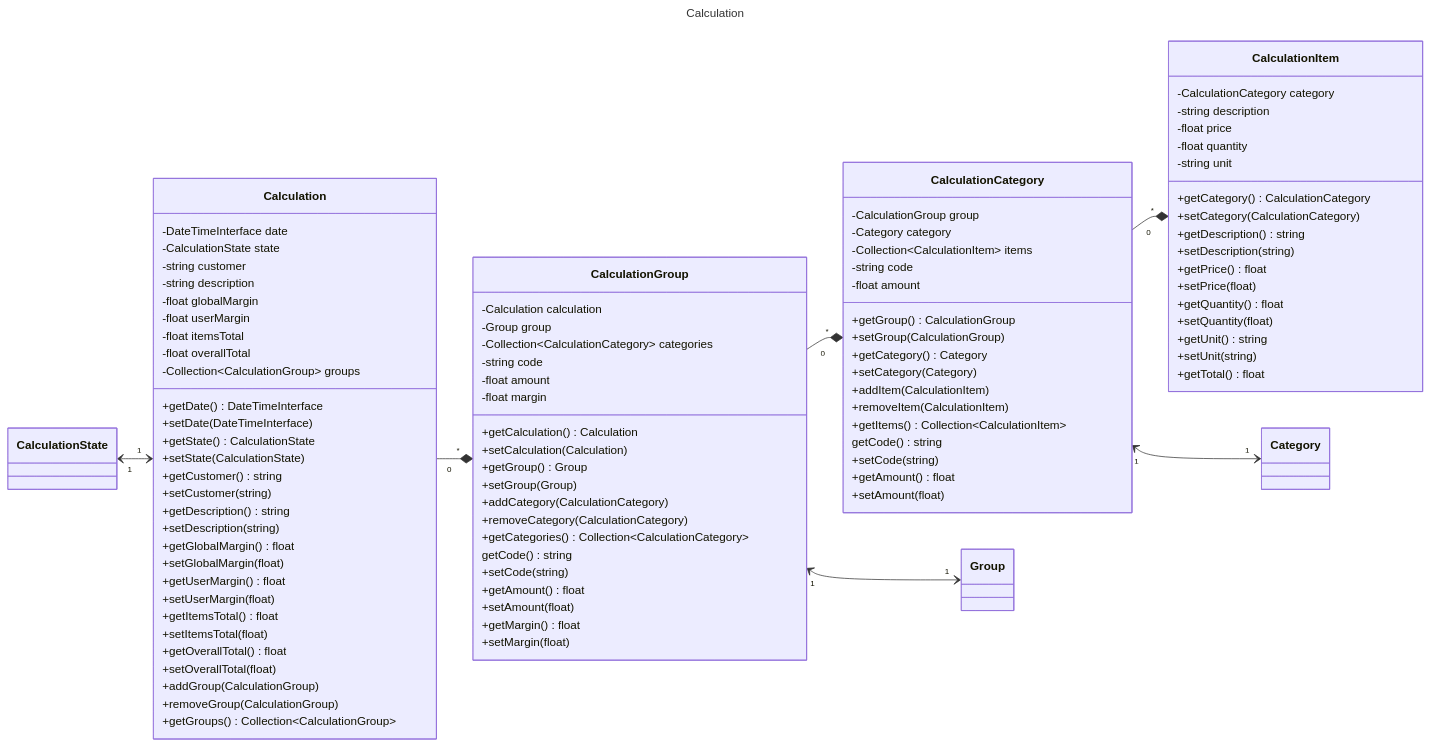
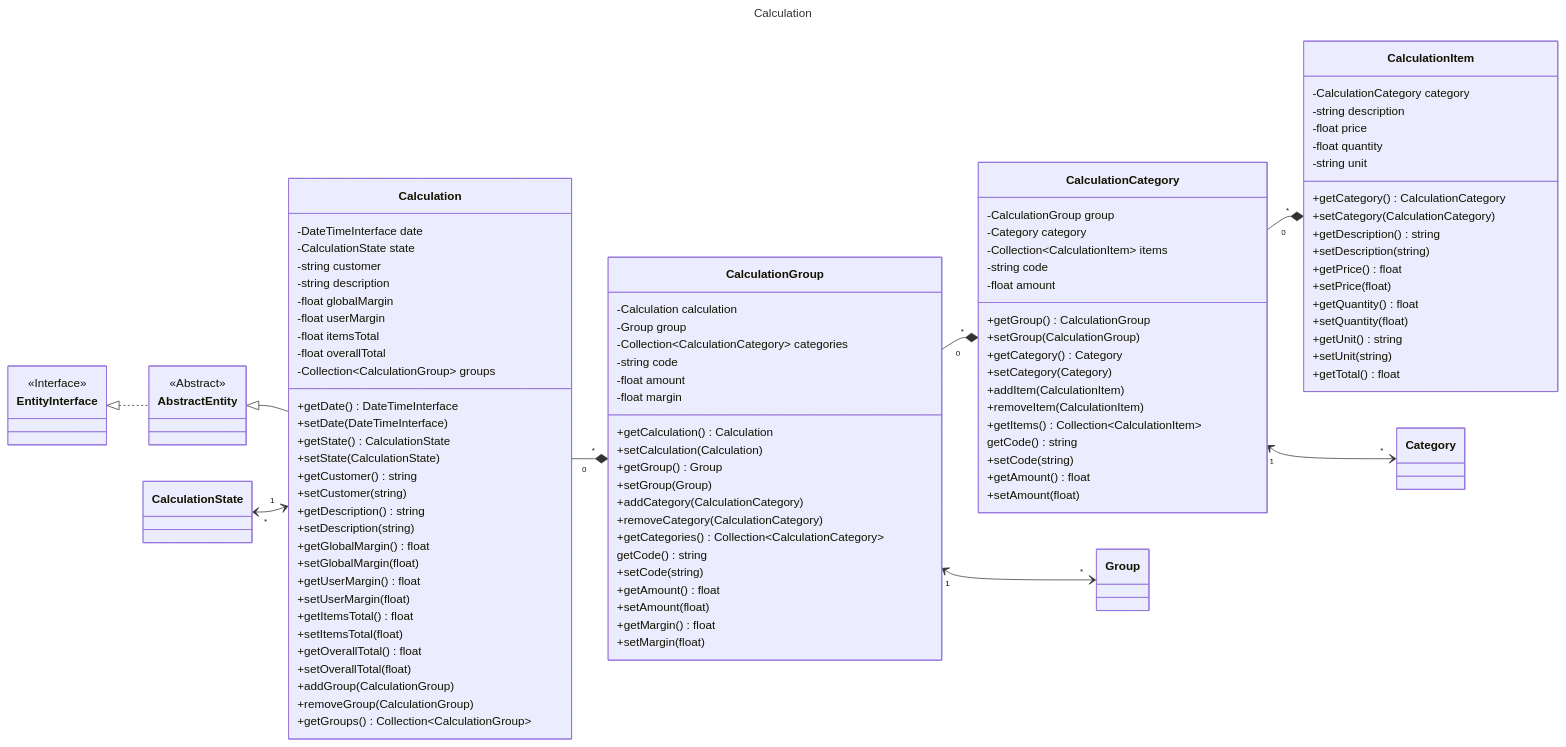
One commit to laurentmuller/calculation changed the diagram in resources/diagram/calculation.mmd. Above: the diagram before and after it, drawn with Mermaid. The commit also changed 19 other files, not shown here.

Commit message:
Updated CSS and JS diagram.

```diff
--- a/resources/diagram/calculation.mmd
+++ b/resources/diagram/calculation.mmd
@@ -1,117 +1,128 @@
 ---
 title: Calculation
 ---
 
 classDiagram
     direction LR
 
     class Calculation {
         -DateTimeInterface date
         -CalculationState state
         -string customer
         -string description
         -float globalMargin
         -float userMargin
         -float itemsTotal
         -float overallTotal
         -Collection~CalculationGroup~ groups
         +getDate() DateTimeInterface
         +setDate(DateTimeInterface)
         +getState() CalculationState
         +setState(CalculationState)
         +getCustomer() string
         +setCustomer(string)
         +getDescription() string
         +setDescription(string)
         +getGlobalMargin() float
         +setGlobalMargin(float)
         +getUserMargin() float
         +setUserMargin(float)
         +getItemsTotal() float
         +setItemsTotal(float)
         +getOverallTotal() float
         +setOverallTotal(float)
         +addGroup(CalculationGroup)
         +removeGroup(CalculationGroup)
         +getGroups() Collection~CalculationGroup~
     }
 
     class CalculationGroup {
         -Calculation calculation
         -Group group
         -Collection~CalculationCategory~ categories
         -string code
         -float amount
         -float margin
         +getCalculation() Calculation
         +setCalculation(Calculation)
         +getGroup() Group
         +setGroup(Group)
         +addCategory(CalculationCategory)
         +removeCategory(CalculationCategory)
         +getCategories() Collection~CalculationCategory~
         getCode() string
         +setCode(string)
         +getAmount() float
         +setAmount(float)
         +getMargin() float
         +setMargin(float)
     }
 
     class CalculationCategory {
         -CalculationGroup group
         -Category category
         -Collection~CalculationItem~ items
         -string code
         -float amount
         +getGroup() CalculationGroup
         +setGroup(CalculationGroup)
         +getCategory() Category
         +setCategory(Category)
         +addItem(CalculationItem)
         +removeItem(CalculationItem)
         +getItems() Collection~CalculationItem~
         getCode() string
         +setCode(string)
         +getAmount() float
         +setAmount(float)
     }
 
     class CalculationItem {
         -CalculationCategory category
         -string description
         -float price
         -float quantity
         -string unit
         +getCategory() CalculationCategory
         +setCategory(CalculationCategory)
         +getDescription() string
         +setDescription(string)
         +getPrice() float
         +setPrice(float)
         +getQuantity() float
         +setQuantity(float)
         +getUnit() string
         +setUnit(string)
         +getTotal() float
     }
 
     class CalculationState {
     }
 
     class Group {
     }
 
     class Category {
     }
 
+    class AbstractEntity {
+        <<Abstract>>
+    }
+    class EntityInterface {
+        <<Interface>>
+    }
+
+    EntityInterface <|.. AbstractEntity
+    AbstractEntity <|-- Calculation
     Calculation "0" --* "*" CalculationGroup
     CalculationGroup "0" --* "*" CalculationCategory
     CalculationCategory "0" --* "*" CalculationItem
-    CalculationState "1" <--> "1" Calculation
-    CalculationGroup "1" <--> "1" Group
-    CalculationCategory "1" <--> "1" Category
+    CalculationState "*" <--> "1" Calculation
+    CalculationGroup "1" <--> "*" Group
+    CalculationCategory "1" <--> "*" Category
 
+    click EntityInterface call nodeCallback()
+    click AbstractEntity call nodeCallback()
     click CalculationState call nodeCallback()
     click Category call nodeCallback()
     click Group call nodeCallback()
```
